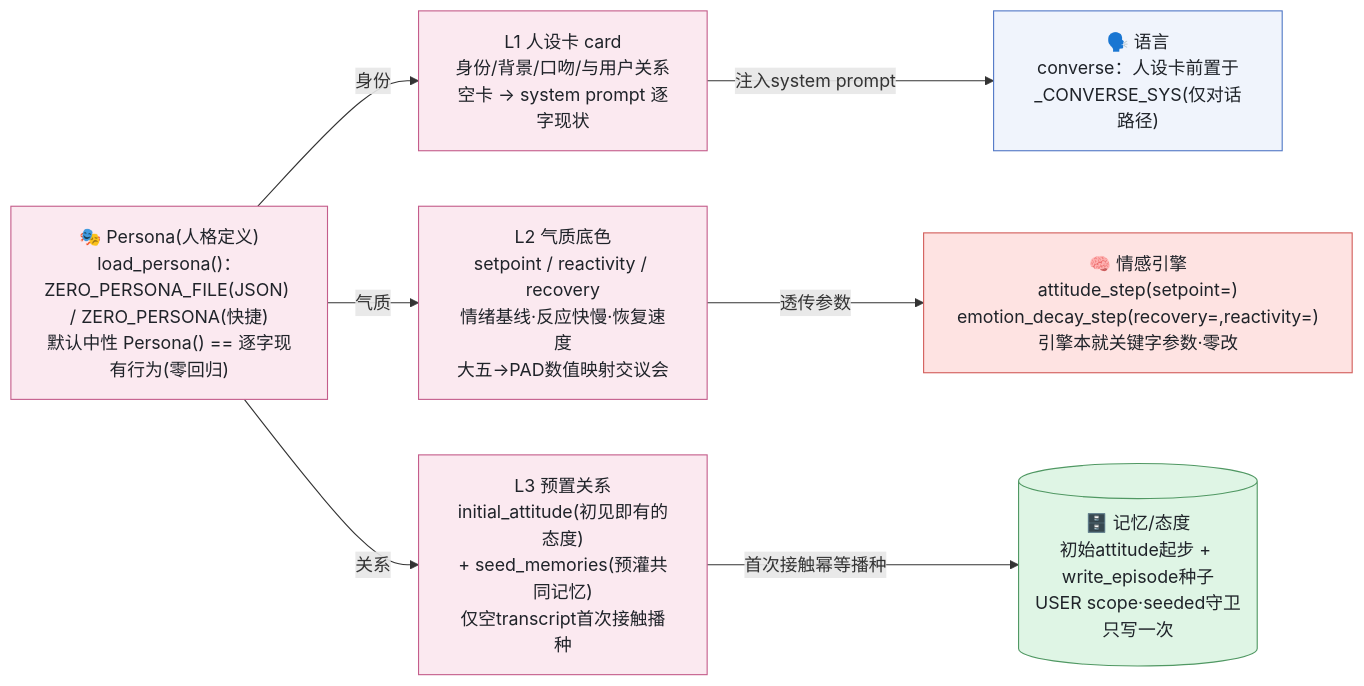
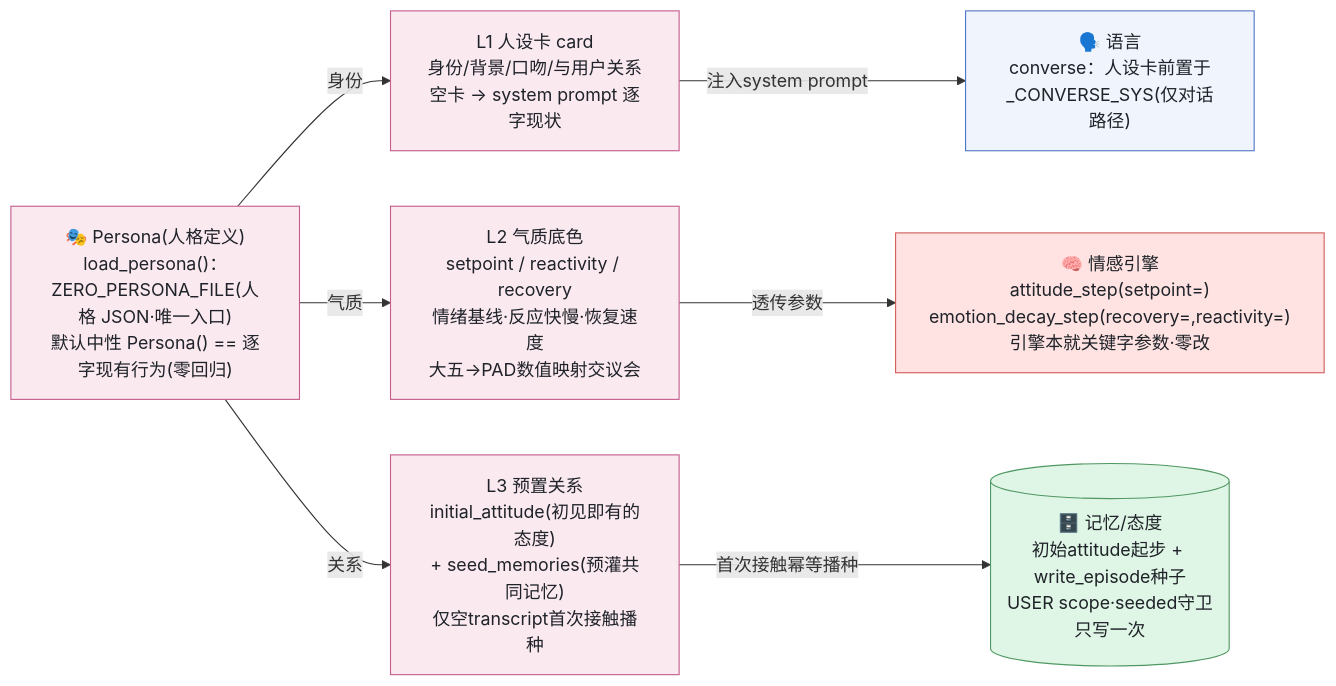
The diagram in docs/v2/persona-injection.mmd (WizardHeHeJun/Zero), drawn with Mermaid before and after one commit. The commit also changed 5 other files, not shown here.

First line of the commit message:
refactor(persona): 移除内联 ZERO_PERSONA，人格入口统一为 ZERO_PERSONA_FILE

```diff
--- a/docs/v2/persona-injection.mmd
+++ b/docs/v2/persona-injection.mmd
@@ -1,20 +1,20 @@
 flowchart LR
-  persona["🎭 Persona(人格定义)<br/>load_persona()：ZERO_PERSONA_FILE(JSON) / ZERO_PERSONA(快捷)<br/>默认中性 Persona() == 逐字现有行为(零回归)"]:::persona
+  persona["🎭 Persona(人格定义)<br/>load_persona()：ZERO_PERSONA_FILE(人格 JSON·唯一入口)<br/>默认中性 Persona() == 逐字现有行为(零回归)"]:::persona
   l1["L1 人设卡 card<br/>身份/背景/口吻/与用户关系<br/>空卡 → system prompt 逐字现状"]:::persona
   l2["L2 气质底色<br/>setpoint / reactivity / recovery<br/>情绪基线·反应快慢·恢复速度<br/>大五→PAD数值映射交议会"]:::persona
   l3["L3 预置关系<br/>initial_attitude(初见即有的态度)<br/>+ seed_memories(预灌共同记忆)<br/>仅空transcript首次接触播种"]:::persona
   lang["🗣️ 语言<br/>converse：人设卡前置于_CONVERSE_SYS(仅对话路径)"]:::language
   engine["🧠 情感引擎<br/>attitude_step(setpoint=)<br/>emotion_decay_step(recovery=,reactivity=)<br/>引擎本就关键字参数·零改"]:::engine
   mem[("🗄️ 记忆/态度<br/>初始attitude起步 + write_episode种子<br/>USER scope·seeded守卫只写一次")]:::memory
 
   persona -->|"身份"| l1
   persona -->|"气质"| l2
   persona -->|"关系"| l3
   l1 -->|"注入system prompt"| lang
   l2 -->|"透传参数"| engine
   l3 -->|"首次接触幂等播种"| mem
 
   classDef persona fill:#FBE9F0,stroke:#C45D8B,color:#1F2329
   classDef language fill:#F0F4FC,stroke:#5178C6,color:#1F2329
   classDef engine fill:#FEE3E2,stroke:#D25D5A,color:#1F2329
   classDef memory fill:#DFF5E5,stroke:#509863,color:#1F2329
```
